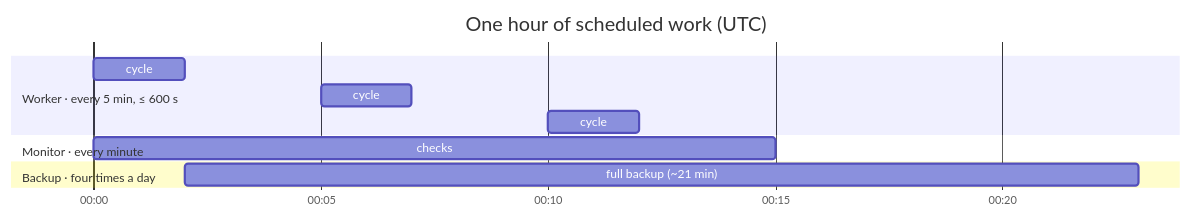
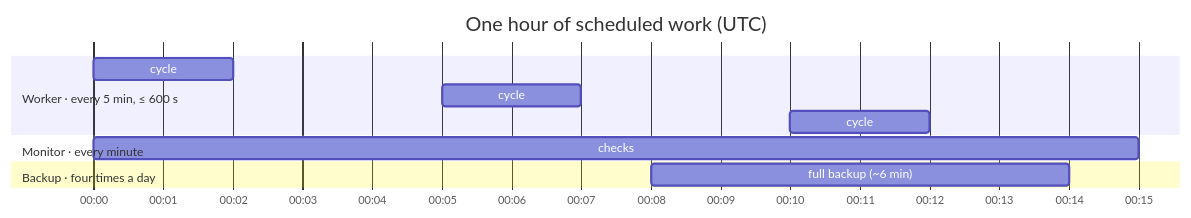
One commit to Naman4561/us-election-results-pipeline changed the first of 5 diagrams in docs/architecture/operations.md. Above: the diagram before and after it, drawn with Mermaid. The commit also changed 3 other files, not shown here.

````diff
--- a/docs/architecture/operations.md
+++ b/docs/architecture/operations.md
@@ -5,14 +5,14 @@
 ```mermaid
 gantt
     title One hour of scheduled work (UTC)
     dateFormat HH:mm
     axisFormat %H:%M
     section Worker · every 5 min, ≤ 600 s
     cycle :00:00, 2m
     cycle :00:05, 2m
     cycle :00:10, 2m
     section Monitor · every minute
     checks :00:00, 15m
     section Backup · four times a day
-    full backup (~21 min) :00:02, 21m
+    full backup (~6 min) :00:08, 6m
 ```
````
